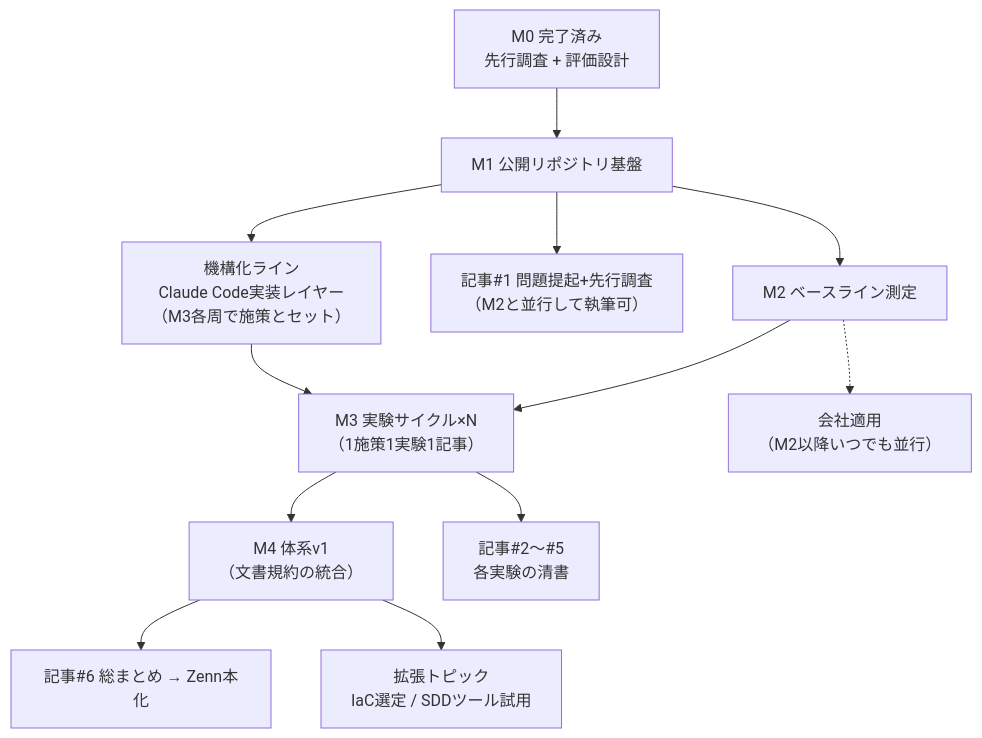
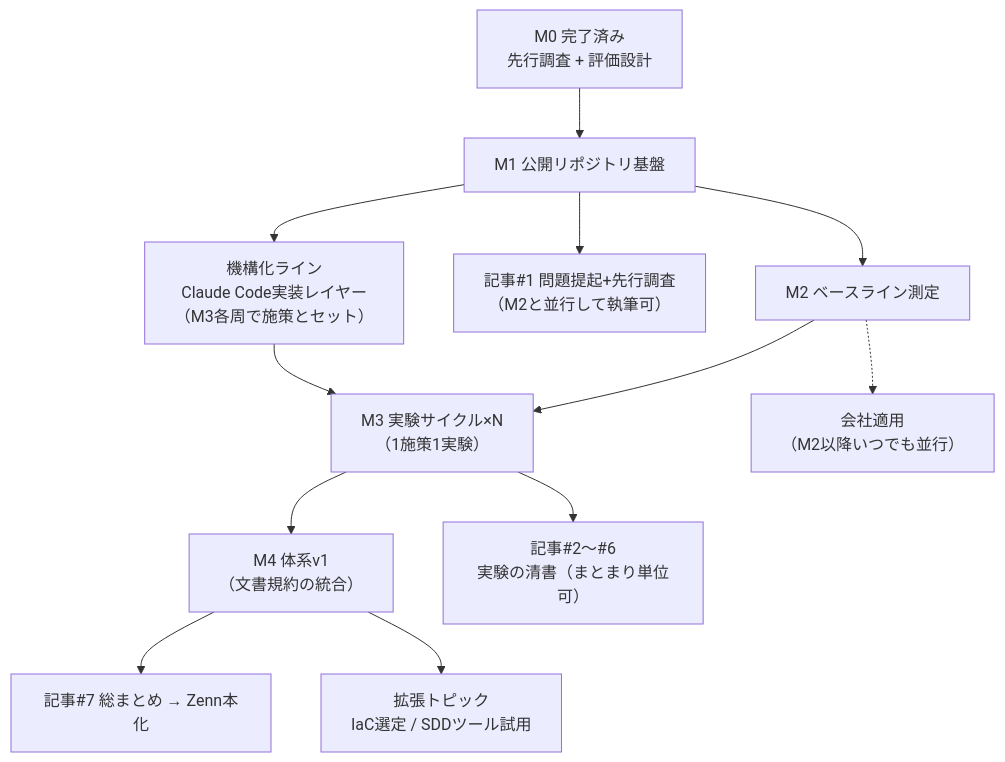
The diagram in ROADMAP.md (KazumaOchiaiDev/ai-docs-lab), drawn with Mermaid before and after one commit. The commit also changed other lines of this file and 2 other files, not shown here.

````diff
--- a/ROADMAP.md
+++ b/ROADMAP.md
@@ -17,14 +17,14 @@
 ```mermaid
 graph TD
     M0["M0 完了済み<br>先行調査 + 評価設計"] --> M1["M1 公開リポジトリ基盤"]
     M1 --> M2["M2 ベースライン測定"]
-    M2 --> M3["M3 実験サイクル×N<br>（1施策1実験1記事）"]
+    M2 --> M3["M3 実験サイクル×N<br>（1施策1実験）"]
     M3 --> M4["M4 体系v1<br>（文書規約の統合）"]
     M1 --> A1["記事#1 問題提起+先行調査<br>（M2と並行して執筆可）"]
-    M3 --> A2["記事#2〜#5<br>各実験の清書"]
-    M4 --> A6["記事#6 総まとめ → Zenn本化"]
+    M3 --> A2["記事#2〜#6<br>実験の清書（まとまり単位可）"]
+    M4 --> A6["記事#7 総まとめ → Zenn本化"]
     M2 -.-> W["会社適用<br>（M2以降いつでも並行）"]
     M4 --> X["拡張トピック<br>IaC選定 / SDDツール試用"]
     M1 --> T["機構化ライン<br>Claude Code実装レイヤー<br>（M3各周で施策とセット）"]
     T --> M3
 ```
````
